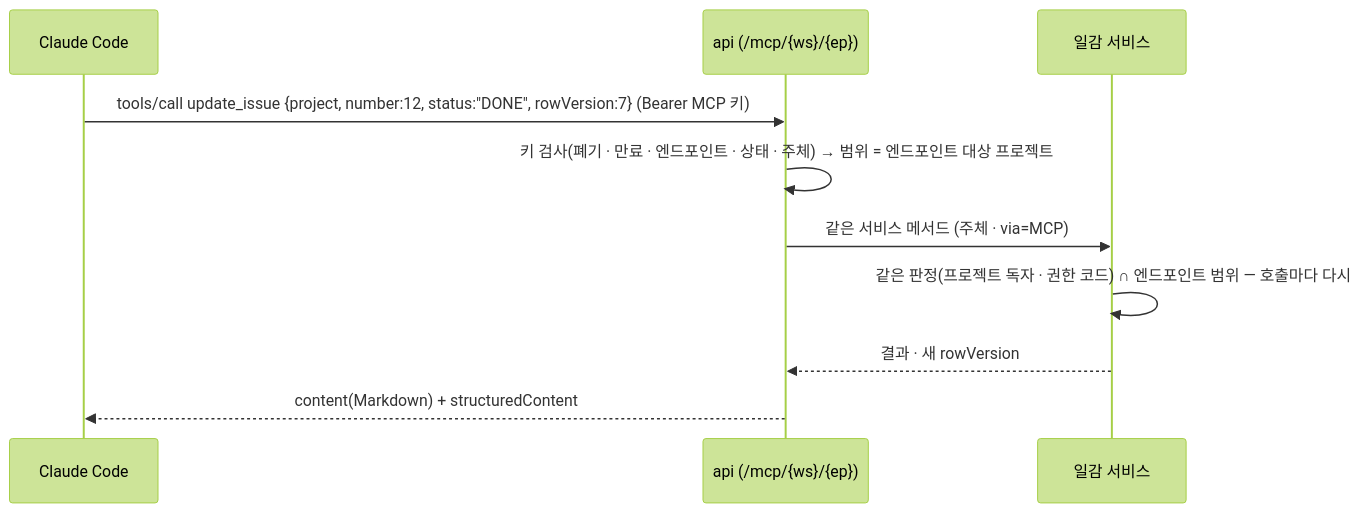
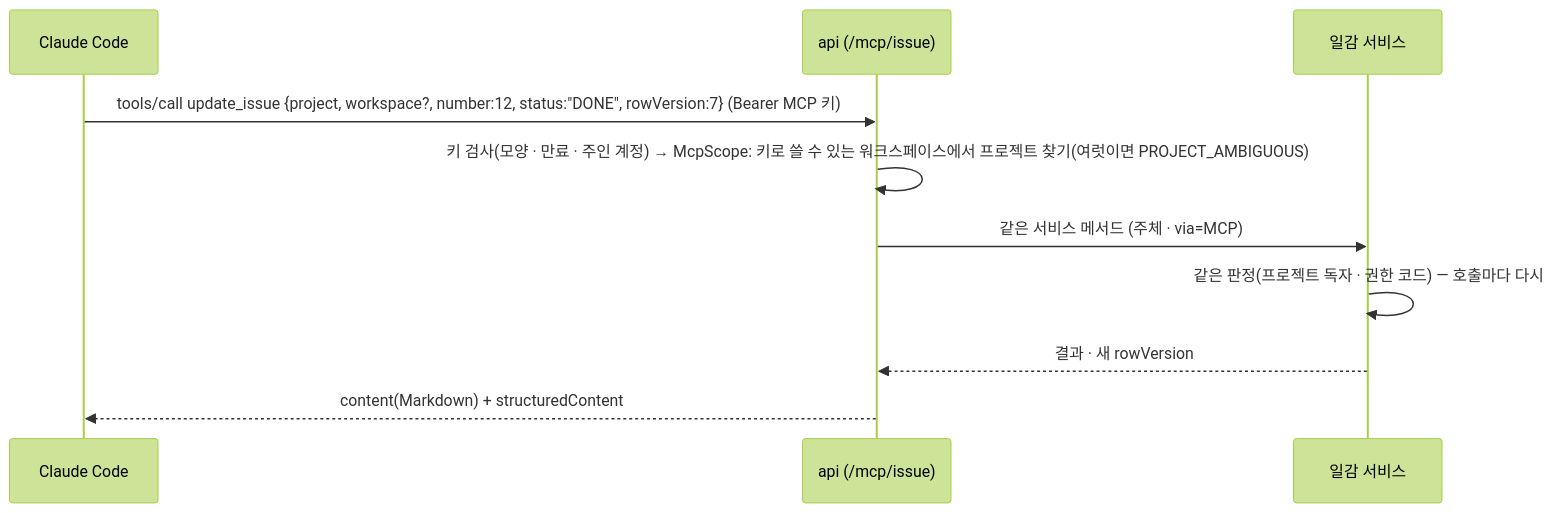
One commit to Gnori/moai-works changed the second of 2 diagrams in docs/design/01-architecture.md. Above: the diagram before and after it, drawn with Mermaid (forest theme). The commit also changed other lines of this file and 21 other files, not shown here.

````diff
--- a/docs/design/01-architecture.md
+++ b/docs/design/01-architecture.md
@@ -90,12 +90,12 @@
 ```mermaid
 sequenceDiagram
     participant C as Claude Code
-    participant A as api (/mcp/{ws}/{ep})
+    participant A as api (/mcp/issue)
     participant S as 일감 서비스
-    C->>A: tools/call update_issue {project, number:12, status:"DONE", rowVersion:7} (Bearer MCP 키)
-    A->>A: 키 검사(폐기 · 만료 · 엔드포인트 · 상태 · 주체) → 범위 = 엔드포인트 대상 프로젝트
+    C->>A: tools/call update_issue {project, workspace?, number:12, status:"DONE", rowVersion:7} (Bearer MCP 키)
+    A->>A: 키 검사(모양 · 만료 · 주인 계정) → McpScope: 키로 쓸 수 있는 워크스페이스에서 프로젝트 찾기(여럿이면 PROJECT_AMBIGUOUS)
     A->>S: 같은 서비스 메서드 (주체 · via=MCP)
-    S->>S: 같은 판정(프로젝트 독자 · 권한 코드) ∩ 엔드포인트 범위 — 호출마다 다시
+    S->>S: 같은 판정(프로젝트 독자 · 권한 코드) — 호출마다 다시
     S-->>A: 결과 · 새 rowVersion
     A-->>C: content(Markdown) + structuredContent
 ```
````
